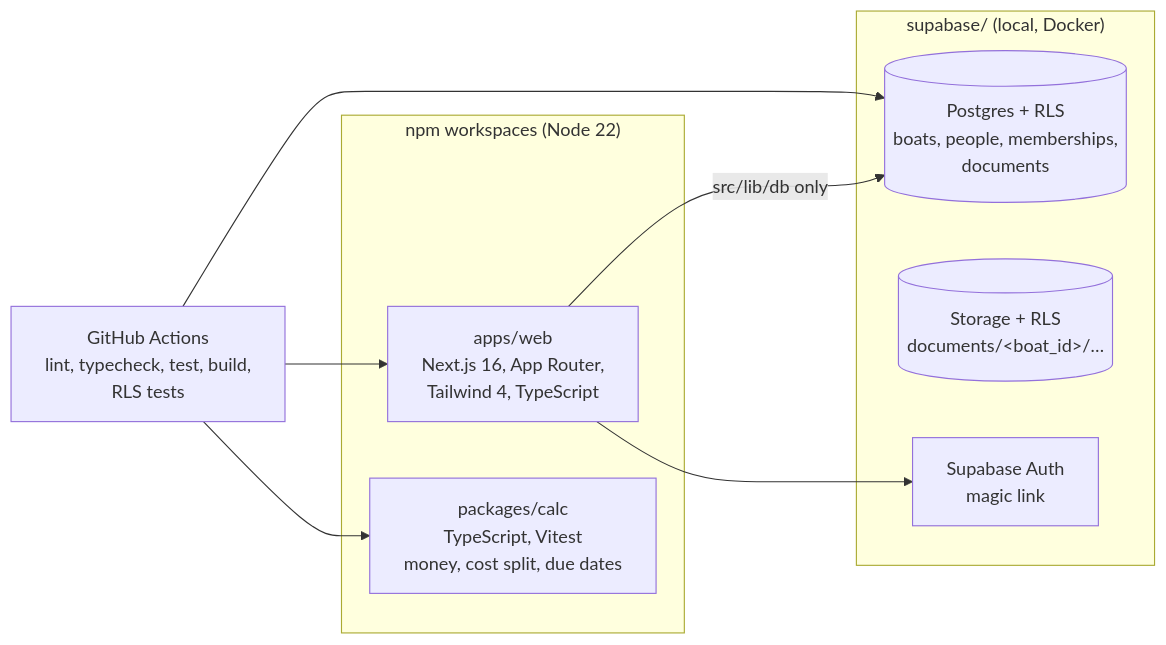
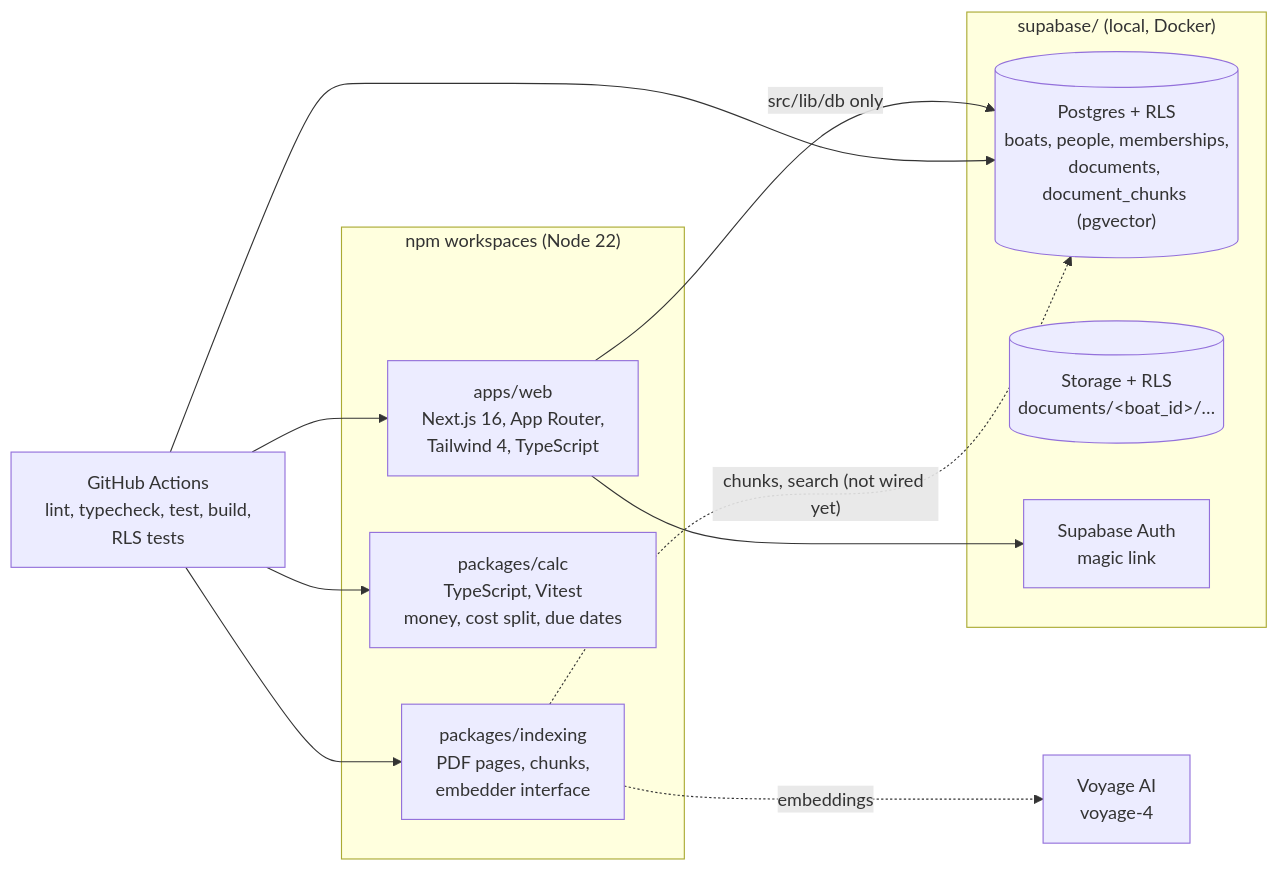
One commit to heynewton/newton changed the second of 5 diagrams in docs/architecture.md. Above: the diagram before and after it, drawn with Mermaid. The commit also changed other lines of this file and 29 other files, not shown here.

First line of the commit message:
Index manuals for search with pgvector, under each boat's RLS (#13)

````diff
--- a/docs/architecture.md
+++ b/docs/architecture.md
@@ -94,18 +96,22 @@
 ```mermaid
 flowchart LR
   subgraph Repo["npm workspaces (Node 22)"]
     Web["apps/web<br/>Next.js 16, App Router,<br/>Tailwind 4, TypeScript"]
     Calc["packages/calc<br/>TypeScript, Vitest<br/>money, cost split, due dates"]
+    Indexing["packages/indexing<br/>PDF pages, chunks,<br/>embedder interface"]
   end
   subgraph Local["supabase/ (local, Docker)"]
-    DB[("Postgres + RLS<br/>boats, people, memberships,<br/>documents")]
+    DB[("Postgres + RLS<br/>boats, people, memberships,<br/>documents, document_chunks (pgvector)")]
     Files[("Storage + RLS<br/>documents/#lt;boat_id#gt;/…")]
     Auth["Supabase Auth<br/>magic link"]
   end
   Web -->|"src/lib/db only"| DB
   Web --> Auth
   CI["GitHub Actions<br/>lint, typecheck, test, build,<br/>RLS tests"]
   CI --> Web
   CI --> Calc
+  CI --> Indexing
   CI --> DB
+  Indexing -.->|"chunks, search (not wired yet)"| DB
+  Indexing -.->|"embeddings"| Voyage["Voyage AI<br/>voyage-4"]
 ```
````
